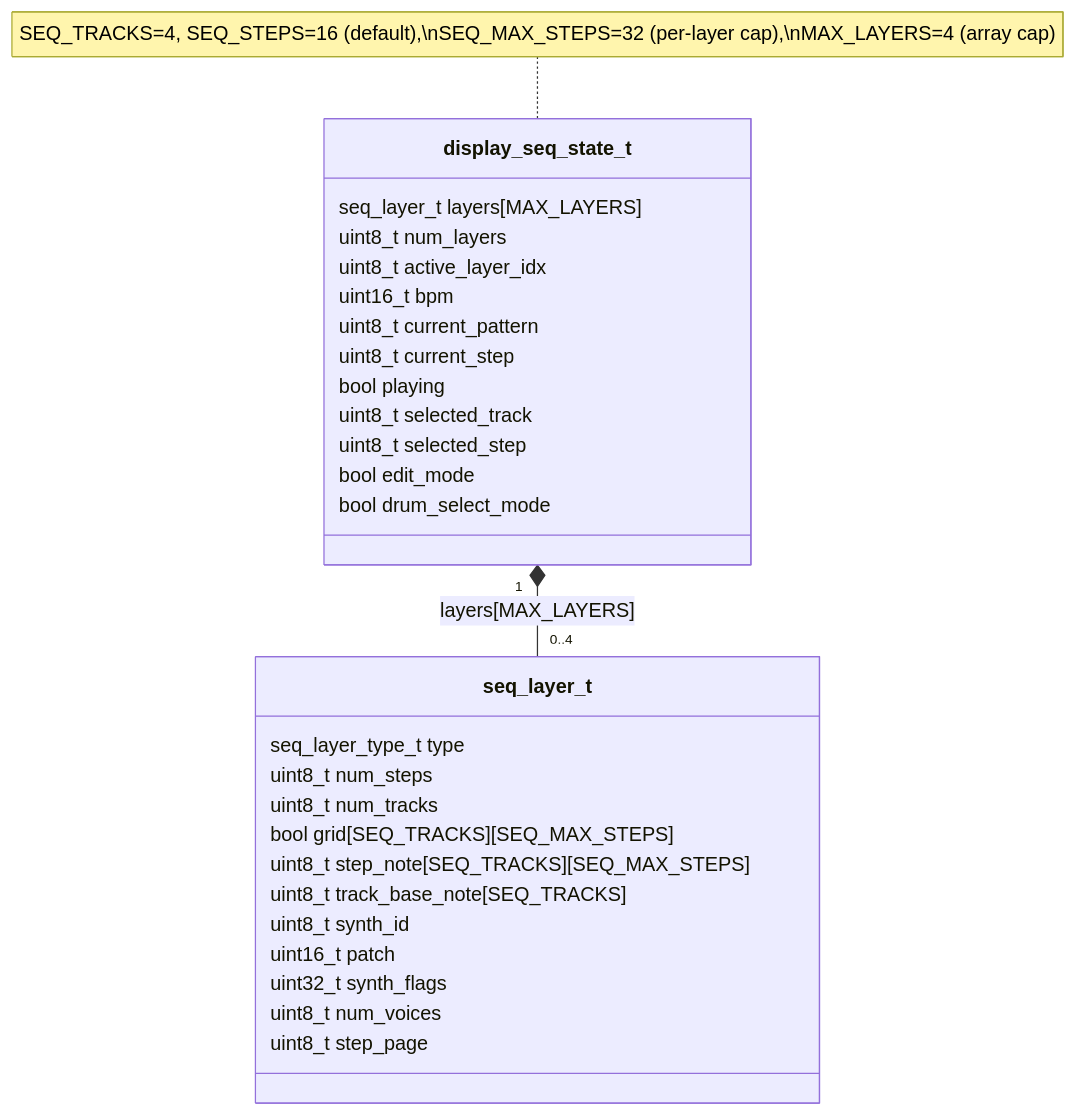
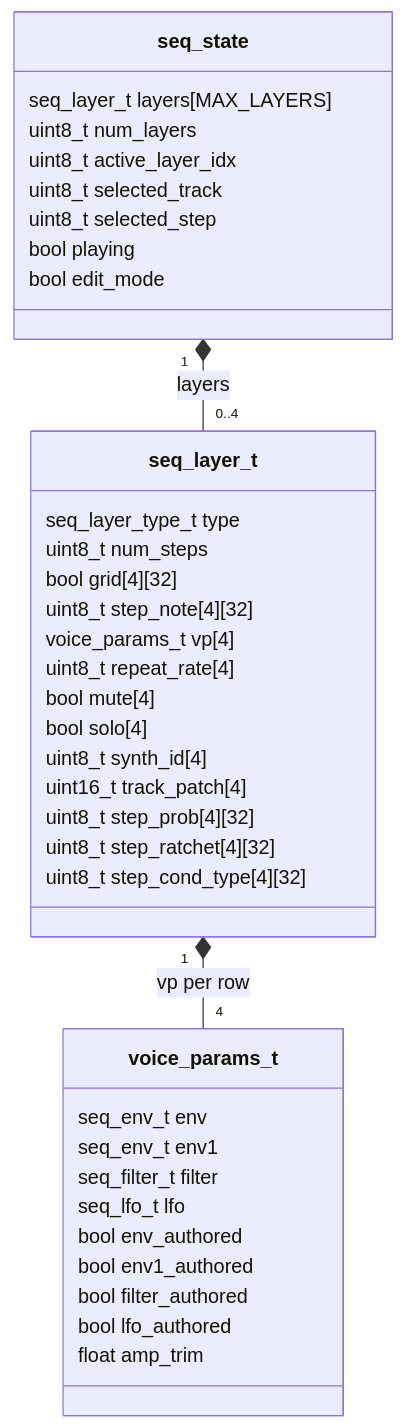
One commit to cxandy/S3-Amysynth changed the first of 2 diagrams in SEQUENCER-ARCHITECTURE.md. Above: the diagram before and after it, drawn with Mermaid. The commit also changed other lines of this file and 7 other files, not shown here.

````diff
--- a/SEQUENCER-ARCHITECTURE.md
+++ b/SEQUENCER-ARCHITECTURE.md
@@ -83,31 +111,40 @@
 ```mermaid
 classDiagram
-    class display_seq_state_t {
+    class seq_state {
         seq_layer_t layers[MAX_LAYERS]
         uint8_t num_layers
         uint8_t active_layer_idx
-        uint16_t bpm
-        uint8_t current_pattern
-        uint8_t current_step
-        bool playing
         uint8_t selected_track
         uint8_t selected_step
+        bool playing
         bool edit_mode
-        bool drum_select_mode
     }
     class seq_layer_t {
         seq_layer_type_t type
         uint8_t num_steps
-        uint8_t num_tracks
-        bool grid[SEQ_TRACKS][SEQ_MAX_STEPS]
-        uint8_t step_note[SEQ_TRACKS][SEQ_MAX_STEPS]
-        uint8_t track_base_note[SEQ_TRACKS]
-        uint8_t synth_id
-        uint16_t patch
-        uint32_t synth_flags
-        uint8_t num_voices
-        uint8_t step_page
+        bool grid[4][32]
+        uint8_t step_note[4][32]
+        voice_params_t vp[4]
+        uint8_t repeat_rate[4]
+        bool mute[4]
+        bool solo[4]
+        uint8_t synth_id[4]
+        uint16_t track_patch[4]
+        uint8_t step_prob[4][32]
+        uint8_t step_ratchet[4][32]
+        uint8_t step_cond_type[4][32]
     }
-    display_seq_state_t "1" *-- "0..4" seq_layer_t : layers[MAX_LAYERS]
-    note for display_seq_state_t "SEQ_TRACKS=4, SEQ_STEPS=16 (default),\nSEQ_MAX_STEPS=32 (per-layer cap),\nMAX_LAYERS=4 (array cap)"
+    class voice_params_t {
+        seq_env_t env
+        seq_env_t env1
+        seq_filter_t filter
+        seq_lfo_t lfo
+        bool env_authored
+        bool env1_authored
+        bool filter_authored
+        bool lfo_authored
+        float amp_trim
+    }
+    seq_state "1" *-- "0..4" seq_layer_t : layers
+    seq_layer_t "1" *-- "4" voice_params_t : vp per row
 ```
````
